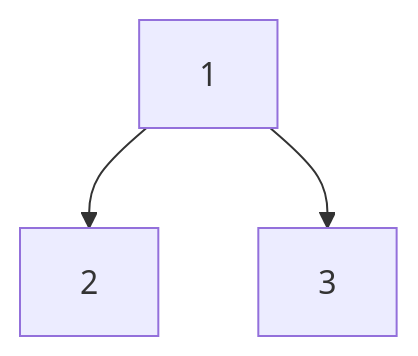
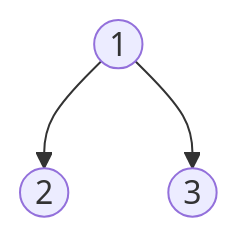
One commit to 3strategy/BeautifulMivney changed the second of 39 diagrams in cst/6binnode/Ex6a4binnode.md. Above: the diagram before and after it, drawn with Mermaid. The commit also changed other lines of this file and 3 other files, not shown here.

````diff
--- a/cst/6binnode/Ex6a4binnode.md
+++ b/cst/6binnode/Ex6a4binnode.md
@@ -43,5 +43,5 @@
     ```mermaid
     flowchart TB
-      D[1] --> E[2]:::leaf
-      D --> F[3]:::leaf
+      D((1)) --> E((2)):::leaf
+      D --> F((3)):::leaf
     ```
````
